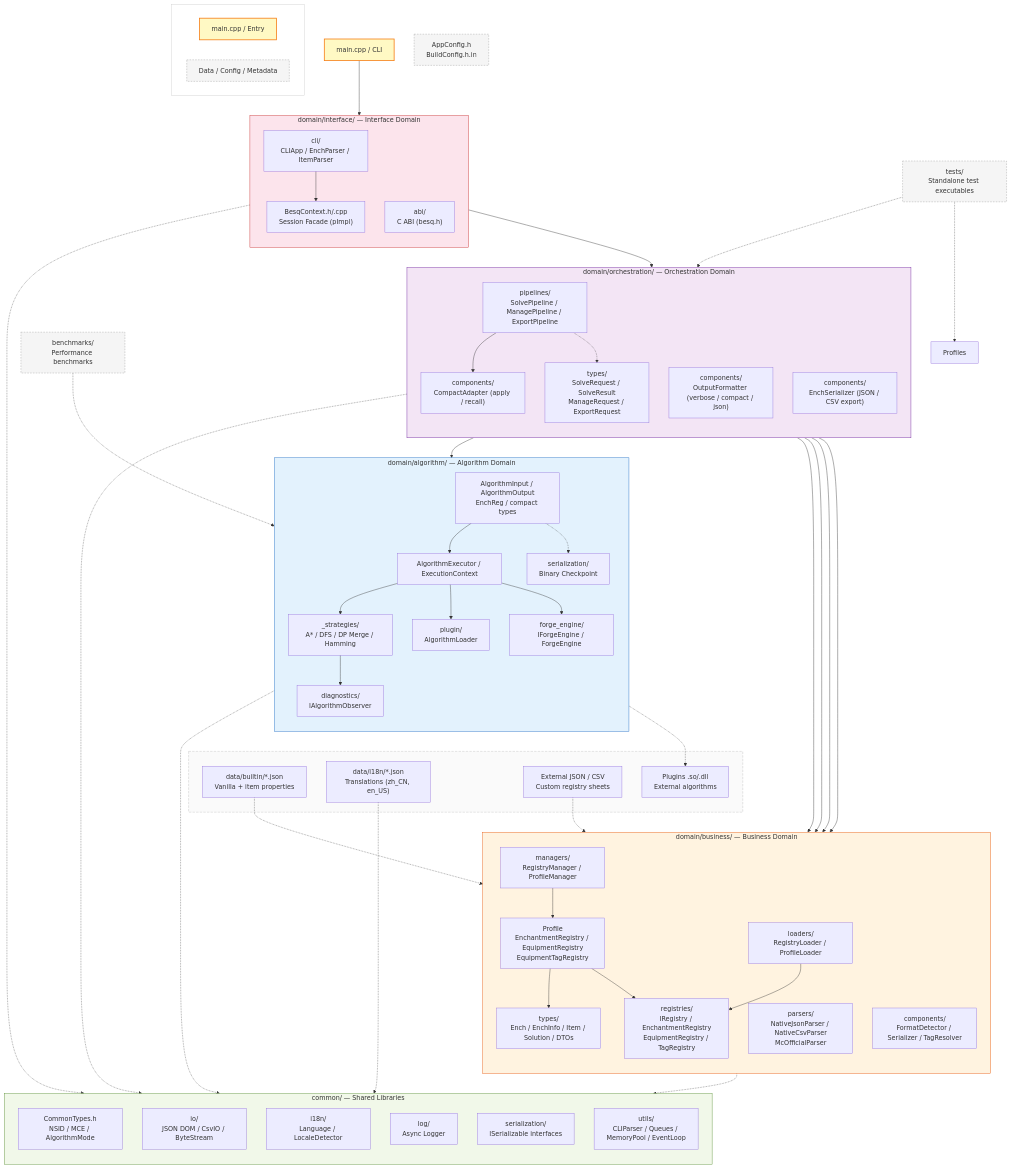
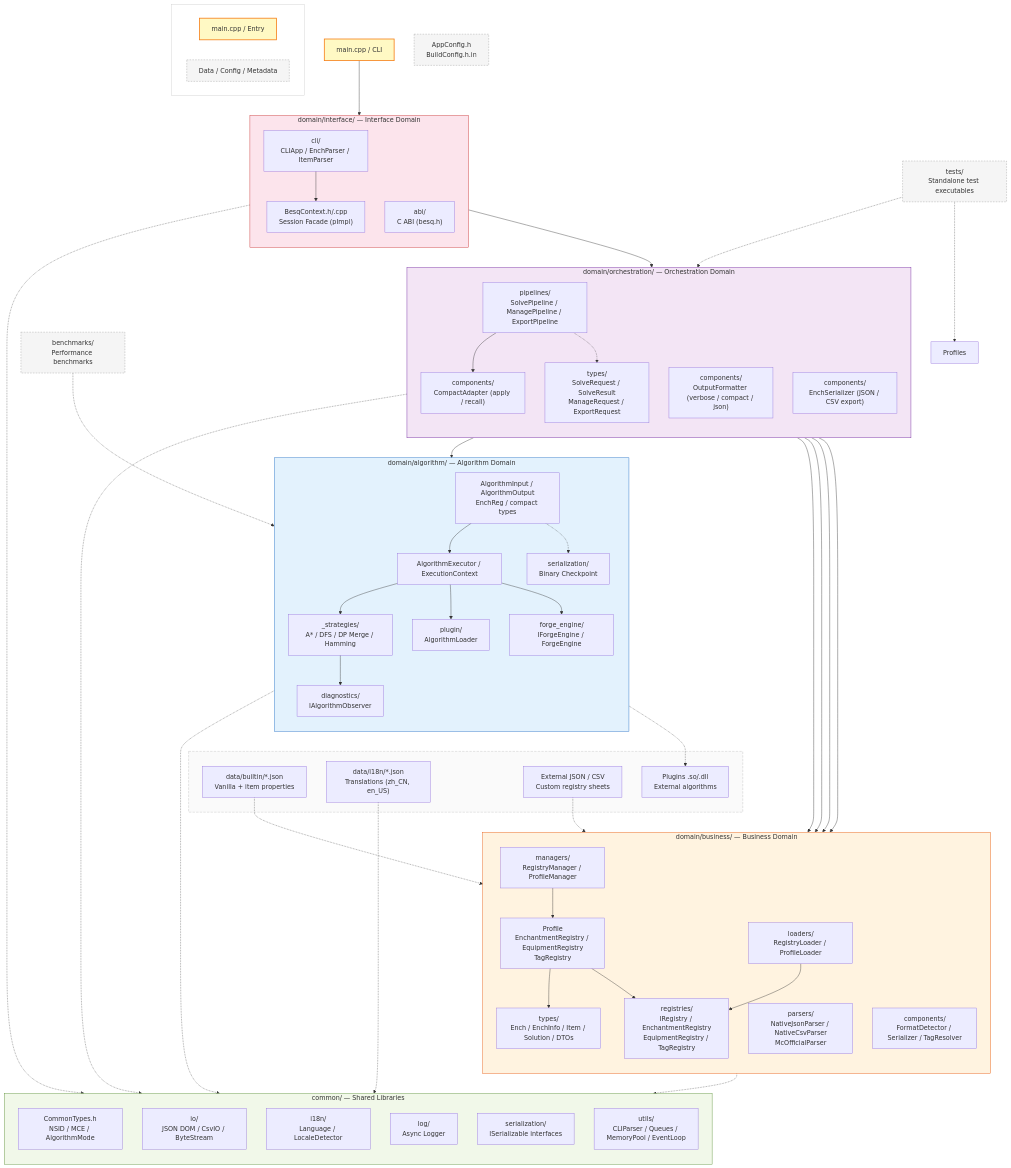
One commit to Dinosaur-MC/BestEnchSeq-Core changed the diagram in README.md. Above: the diagram before and after it, drawn with Mermaid. The commit also changed other lines of this file and 10 other files, not shown here.

```diff
--- a/README.md
+++ b/README.md
@@ -137,7 +137,7 @@
     %% ── Business domain ──
     subgraph Business["domain/business/ — Business Domain"]
         direction TB
-        Profile["Profile<br/>EnchantmentRegistry / EquipmentRegistry<br/>EquipmentTagRegistry"]
+        Profile["Profile<br/>EnchantmentRegistry / EquipmentRegistry<br/>TagRegistry"]
         Types["types/<br/>Ench / EnchInfo / Item / Solution / DTOs"]
         Registries["registries/<br/>IRegistry / EnchantmentRegistry<br/>EquipmentRegistry / TagRegistry"]
         Parsers["parsers/<br/>NativeJsonParser / NativeCsvParser<br/>McOfficialParser"]
```
